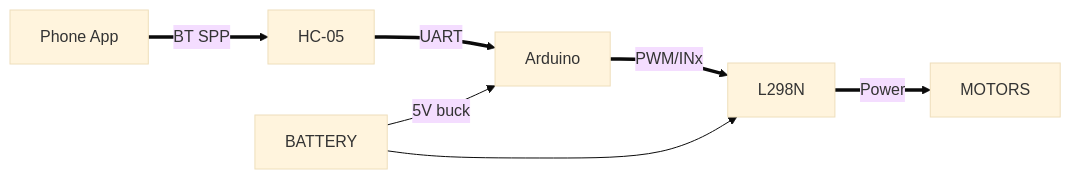
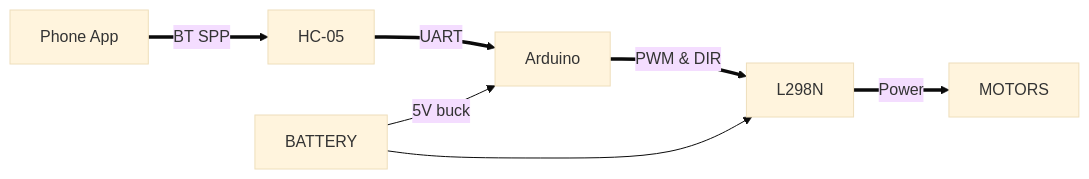
One commit to manu-embeddedlinux/Embedded_systems_Basics.github.io changed the first of 2 diagrams in beginers_approach.md. Above: the diagram before and after it, drawn with Mermaid (base theme). The commit also changed other lines of this file, not shown here.

Commit message:
Fix Mermaid syntax and improve diagram clarity

````diff
--- a/beginers_approach.md
+++ b/beginers_approach.md
@@ -328,9 +328,9 @@
 ```mermaid
 flowchart LR
-  APP[Phone App] == BT SPP ==> HC05[HC‑05]
+  APP[Phone App] == BT SPP ==> HC05[HC-05]
   HC05 == UART ==> MCU[Arduino]
-  MCU == PWM/INx ==> L298N
+  MCU == PWM & DIR ==> L298N
   L298N == Power ==> MOTORS
   BATTERY --> L298N
   BATTERY -->|5V buck| MCU
 ```
````
